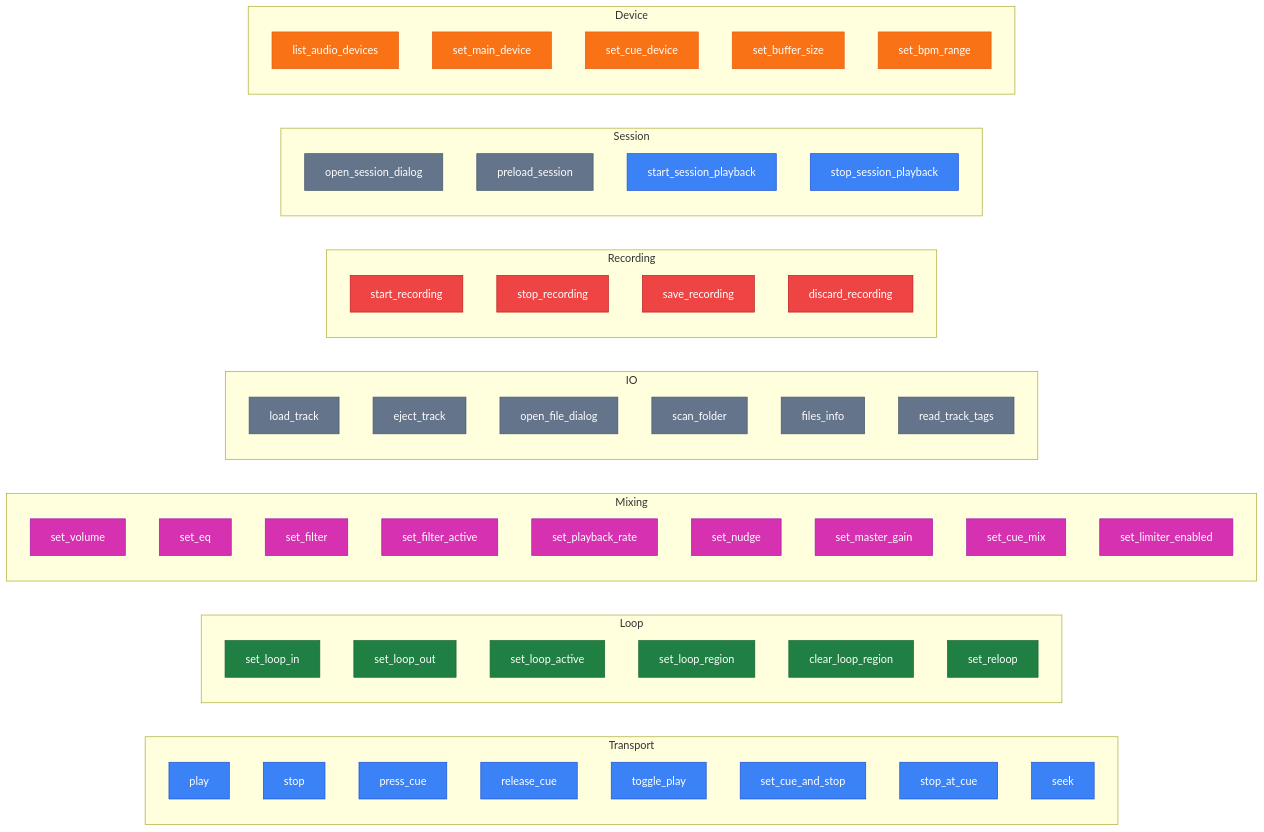
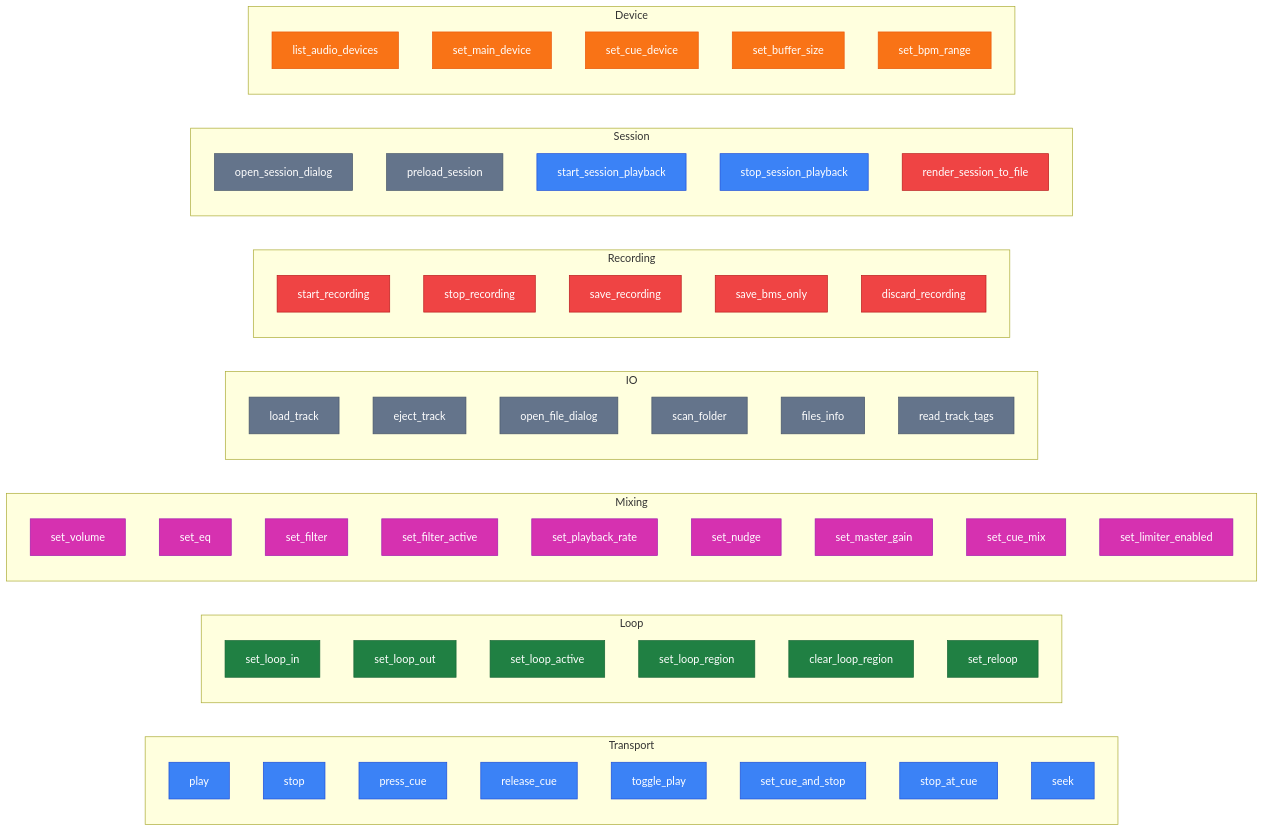
The fifth of 6 diagrams in ARCHITECTURE.md (berrutti/beatmatcher), drawn with Mermaid before and after one commit. The commit also changed other lines of this file and 25 other files, not shown here.

````diff
--- a/ARCHITECTURE.md
+++ b/ARCHITECTURE.md
@@ -106,72 +106,74 @@
 ```mermaid
 graph LR
     classDef transport fill:#3b82f6,stroke:#1d4ed8,color:#fff
     classDef loop fill:#208043,stroke:#166534,color:#fff
     classDef mixing fill:#d631b0,stroke:#a21caf,color:#fff
     classDef io fill:#64748b,stroke:#475569,color:#fff
     classDef recording fill:#ef4444,stroke:#b91c1c,color:#fff
     classDef device fill:#f97316,stroke:#ea580c,color:#fff
 
     subgraph Transport
         play:::transport
         stop:::transport
         press_cue:::transport
         release_cue:::transport
         toggle_play:::transport
         set_cue_and_stop:::transport
         stop_at_cue:::transport
         seek:::transport
     end
 
     subgraph Loop
         set_loop_in:::loop
         set_loop_out:::loop
         set_loop_active:::loop
         set_loop_region:::loop
         clear_loop_region:::loop
         set_reloop:::loop
     end
 
     subgraph Mixing
         set_volume:::mixing
         set_eq:::mixing
         set_filter:::mixing
         set_filter_active:::mixing
         set_playback_rate:::mixing
         set_nudge:::mixing
         set_master_gain:::mixing
         set_cue_mix:::mixing
         set_limiter_enabled:::mixing
     end
 
     subgraph IO
         load_track:::io
         eject_track:::io
         open_file_dialog:::io
         scan_folder:::io
         files_info:::io
         read_track_tags:::io
     end
 
     subgraph Recording
         start_recording:::recording
         stop_recording:::recording
         save_recording:::recording
+        save_bms_only:::recording
         discard_recording:::recording
     end
 
     subgraph Session
         open_session_dialog:::io
         preload_session:::io
         start_session_playback:::transport
         stop_session_playback:::transport
+        render_session_to_file:::recording
     end
 
     subgraph Device
         list_audio_devices:::device
         set_main_device:::device
         set_cue_device:::device
         set_buffer_size:::device
         set_bpm_range:::device
     end
 ```
````
